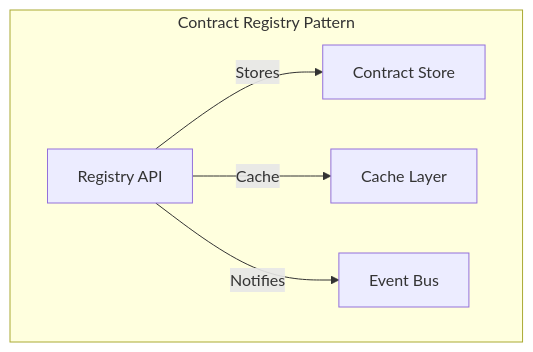
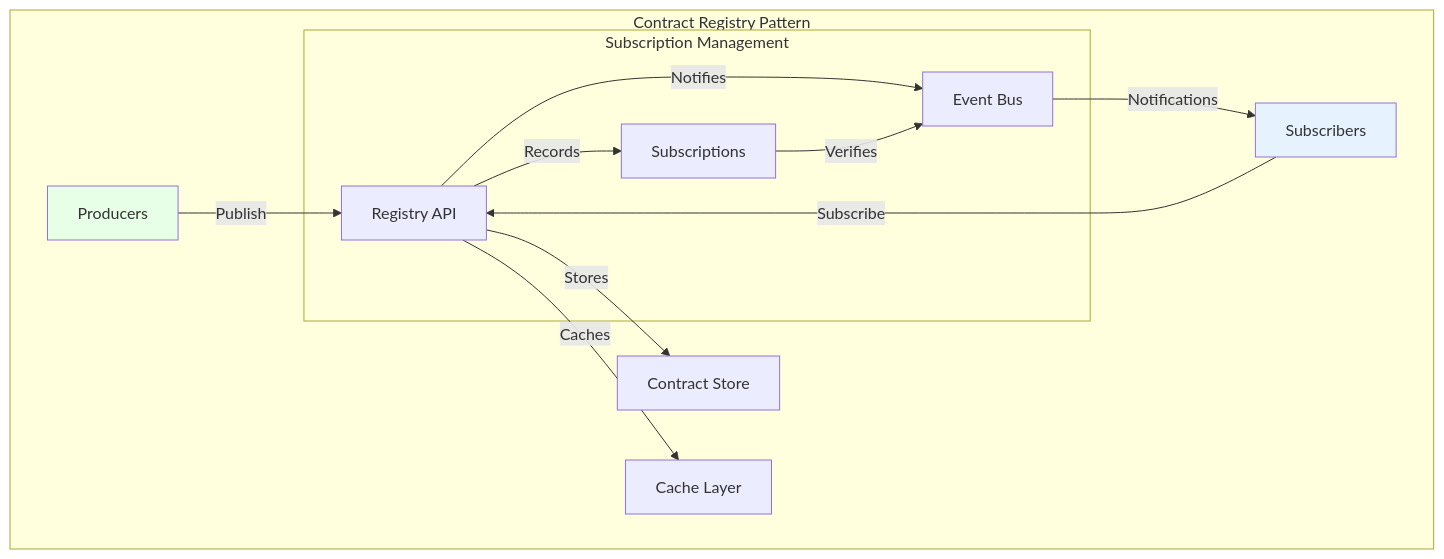
The first of 4 diagrams in docs/en/articles/04-architecture-patterns.md (monmaya/pyb-data-contracts), drawn with Mermaid before and after one commit. The commit also changed other lines of this file and 15 other files, not shown here.

````diff
--- a/docs/en/articles/04-architecture-patterns.md
+++ b/docs/en/articles/04-architecture-patterns.md
@@ -9,8 +11,20 @@
 ```mermaid
 graph TD
     subgraph "Contract Registry Pattern"
-        A[Registry API] -->|Stores| B[Contract Store]
-        A -->|Cache| C[Cache Layer]
+        P[Producers] -->|Publish| A[Registry API]
+        A -->|Stores| B[Contract Store]
+        A -->|Caches| C[Cache Layer]
         A -->|Notifies| D[Event Bus]
+        D -->|Notifications| S[Subscribers]
+        S -->|Subscribe| A
+        subgraph "Subscription Management"
+            A -->|Records| AB[Subscriptions]
+            AB -->|Verifies| D
+        end
     end
+
+    classDef producer fill:#e6ffe6;
+    classDef consumer fill:#e6f3ff;
+    class P producer;
+    class S consumer;
 ```
````
